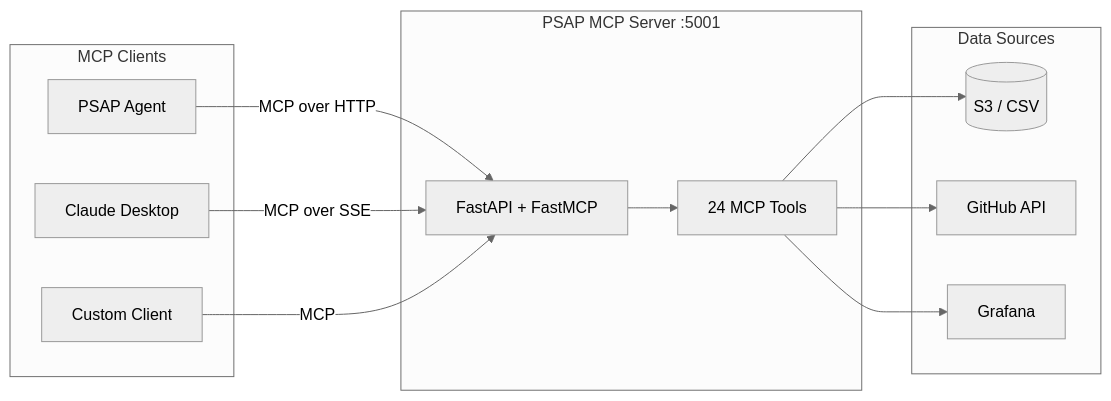
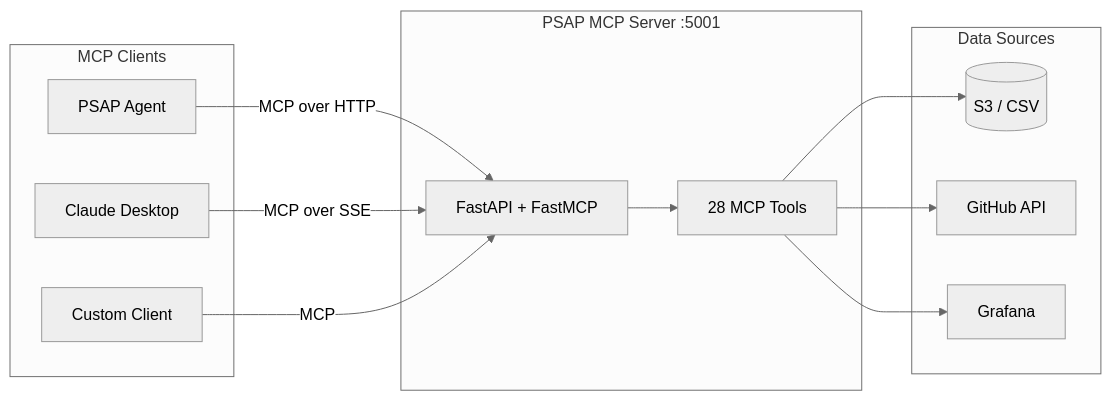
Before and after one commit to openshift-psap/Performance-Analysis-Agent: the diagram in psap-mcp-server/README.md, drawn with Mermaid (neutral theme). The commit also changed other lines of this file and 14 other files, not shown here.

Commit message:
upgrade mcp tools, agent core and streamlit UI

````diff
--- a/psap-mcp-server/README.md
+++ b/psap-mcp-server/README.md
@@ -24,27 +26,27 @@
 ```mermaid
 graph LR
     subgraph clients [MCP Clients]
         Agent[PSAP Agent]
         Claude[Claude Desktop]
         Custom[Custom Client]
     end
 
     subgraph server [PSAP MCP Server :5001]
         API[FastAPI + FastMCP]
-        Tools[24 MCP Tools]
+        Tools[28 MCP Tools]
     end
 
     subgraph data [Data Sources]
         S3[(S3 / CSV)]
         GH[GitHub API]
         GF[Grafana]
     end
 
     Agent -->|MCP over HTTP| API
     Claude -->|MCP over SSE| API
     Custom -->|MCP| API
     API --> Tools
     Tools --> S3
     Tools --> GH
     Tools --> GF
 ```
````
